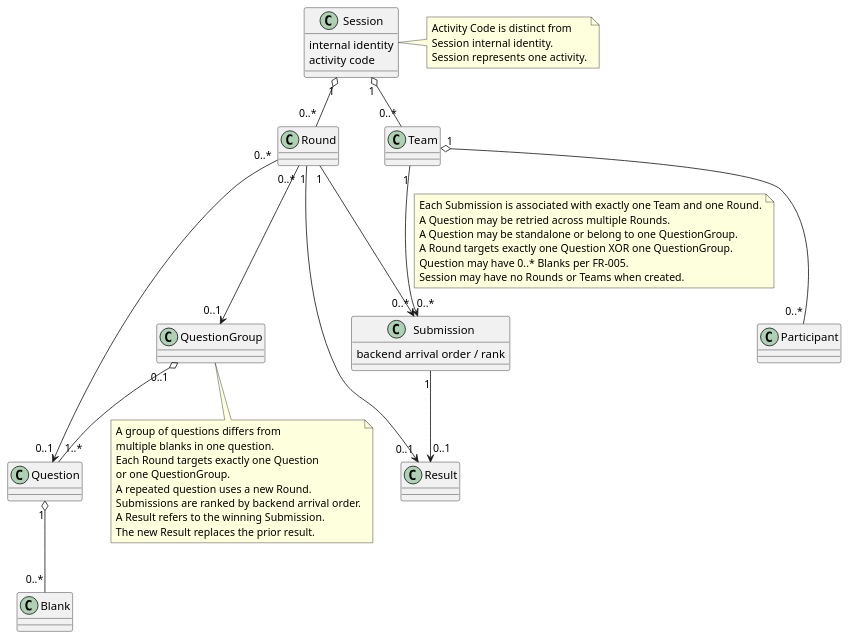
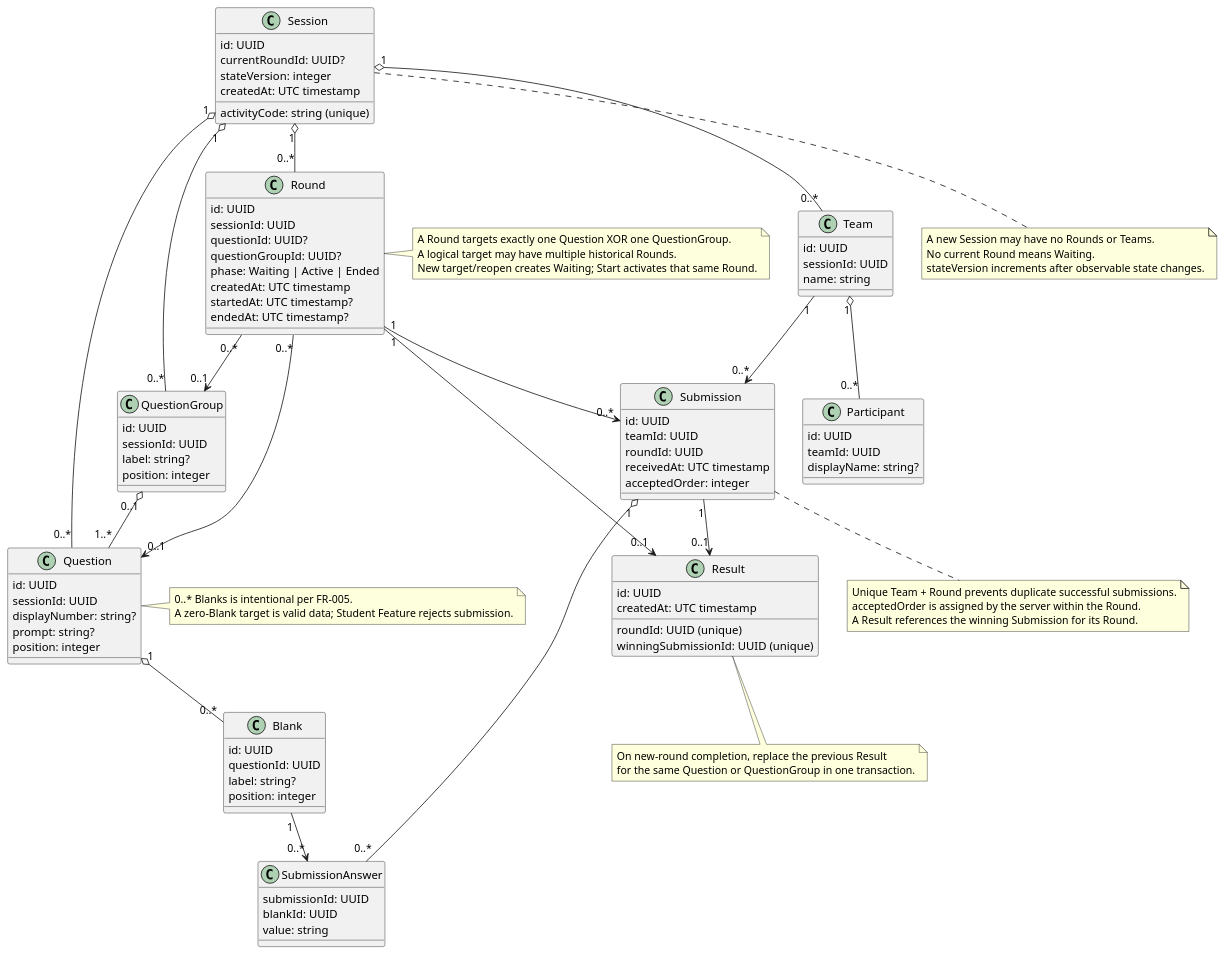
One commit to yuyu-lcoavte/quiz-system changed the diagram in diagrams/foundation-class.puml. Above: the diagram before and after it, drawn with PlantUML. The commit also changed 12 other files, not shown here.

```diff
--- a/diagrams/foundation-class.puml
+++ b/diagrams/foundation-class.puml
@@ -1,50 +1,104 @@
 @startuml
 class Session {
-  internal identity
-  activity code
+  id: UUID
+  activityCode: string (unique)
+  currentRoundId: UUID?
+  stateVersion: integer
+  createdAt: UTC timestamp
 }
-class Round
-class Question
-class Blank
-class QuestionGroup
-class Team
-class Participant
+class Round {
+  id: UUID
+  sessionId: UUID
+  questionId: UUID?
+  questionGroupId: UUID?
+  phase: Waiting | Active | Ended
+  createdAt: UTC timestamp
+  startedAt: UTC timestamp?
+  endedAt: UTC timestamp?
+}
+class Question {
+  id: UUID
+  sessionId: UUID
+  displayNumber: string?
+  prompt: string?
+  position: integer
+}
+class Blank {
+  id: UUID
+  questionId: UUID
+  label: string?
+  position: integer
+}
+class QuestionGroup {
+  id: UUID
+  sessionId: UUID
+  label: string?
+  position: integer
+}
+class Team {
+  id: UUID
+  sessionId: UUID
+  name: string
+}
+class Participant {
+  id: UUID
+  teamId: UUID
+  displayName: string?
+}
 class Submission {
-  backend arrival order / rank
+  id: UUID
+  teamId: UUID
+  roundId: UUID
+  receivedAt: UTC timestamp
+  acceptedOrder: integer
 }
-class Result
+class SubmissionAnswer {
+  submissionId: UUID
+  blankId: UUID
+  value: string
+}
+class Result {
+  id: UUID
+  roundId: UUID (unique)
+  winningSubmissionId: UUID (unique)
+  createdAt: UTC timestamp
+}
 Session "1" o-- "0..*" Round
+Session "1" o-- "0..*" Question
+Session "1" o-- "0..*" QuestionGroup
+Session "1" o-- "0..*" Team
 Round "0..*" --> "0..1" Question
 Round "0..*" --> "0..1" QuestionGroup
 Question "1" o-- "0..*" Blank
 QuestionGroup "0..1" o-- "1..*" Question
-Session "1" o-- "0..*" Team
 Team "1" o-- "0..*" Participant
+Team "1" --> "0..*" Submission
 Round "1" --> "0..*" Submission
-Team "1" --> "0..*" Submission
-note on link
-Each Submission is associated with exactly one Team and one Round.
-A Question may be retried across multiple Rounds.
-A Question may be standalone or belong to one QuestionGroup.
+Submission "1" o-- "0..*" SubmissionAnswer
+Blank "1" --> "0..*" SubmissionAnswer
+Round "1" --> "0..1" Result
+Submission "1" --> "0..1" Result
+note right of Round
 A Round targets exactly one Question XOR one QuestionGroup.
-Question may have 0..* Blanks per FR-005.
-Session may have no Rounds or Teams when created.
+A logical target may have multiple historical Rounds.
+New target/reopen creates Waiting; Start activates that same Round.
 end note
-Submission "1" --> "0..1" Result
-Round "1" --> "0..1" Result
-note right of Session
-Activity Code is distinct from
-Session internal identity.
-Session represents one activity.
+note bottom of Submission
+Unique Team + Round prevents duplicate successful submissions.
+acceptedOrder is assigned by the server within the Round.
+A Result references the winning Submission for its Round.
 end note
-note bottom of QuestionGroup
-A group of questions differs from
-multiple blanks in one question.
-Each Round targets exactly one Question
-or one QuestionGroup.
-A repeated question uses a new Round.
-Submissions are ranked by backend arrival order.
-A Result refers to the winning Submission.
-The new Result replaces the prior result.
+note bottom of Session
+A new Session may have no Rounds or Teams.
+No current Round means Waiting.
+stateVersion increments after observable state changes.
+end note
+note right of Question
+0..* Blanks is intentional per FR-005.
+A zero-Blank target is valid data; Student Feature rejects submission.
+end note
+note bottom of Result
+On new-round completion, replace the previous Result
+for the same Question or QuestionGroup in one transaction.
 end note
 @enduml
```
